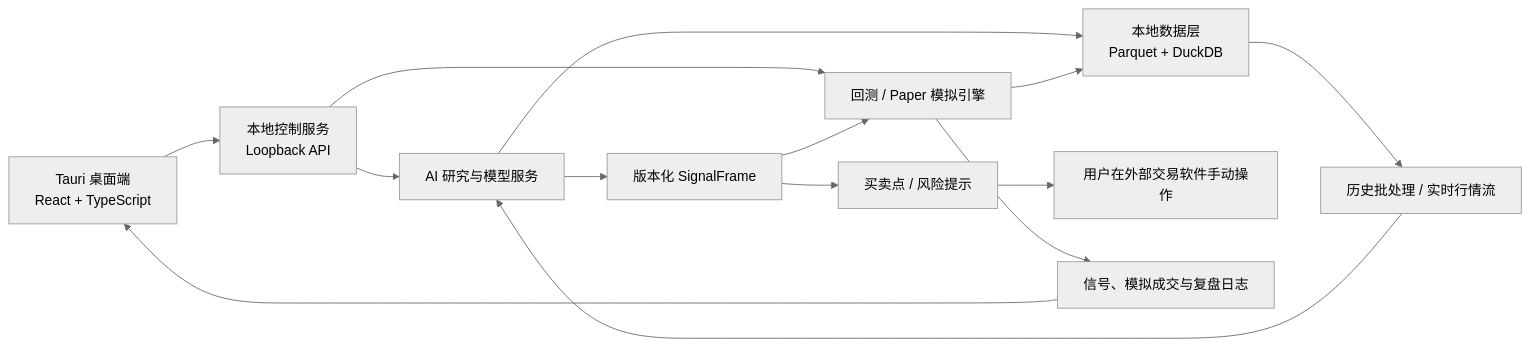
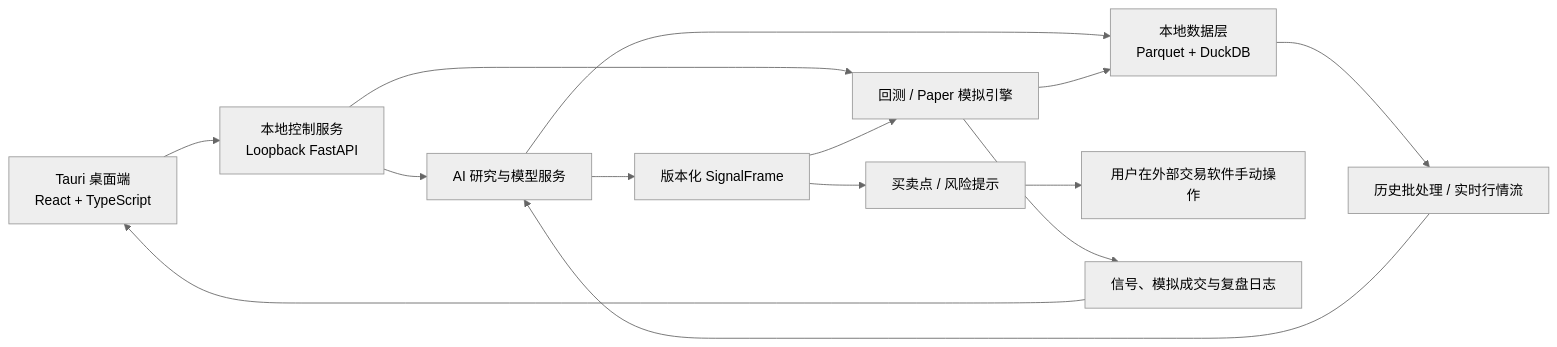
One commit to Xiaogans1/AstraQuant changed the diagram in README.md. Above: the diagram before and after it, drawn with Mermaid (neutral theme). The commit also changed other lines of this file and 2 other files, not shown here.

````diff
--- a/README.md
+++ b/README.md
@@ -36,16 +65,16 @@
 ```mermaid
 flowchart LR
-    UI["Tauri 桌面端<br/>React + TypeScript"] --> API["本地控制服务<br/>Loopback API"]
+    UI["Tauri 桌面端<br/>React + TypeScript"] --> API["本地控制服务<br/>Loopback FastAPI"]
     API --> Research["AI 研究与模型服务"]
     API --> Engine["回测 / Paper 模拟引擎"]
     Research --> Data["本地数据层<br/>Parquet + DuckDB"]
     Data --> Stream["历史批处理 / 实时行情流"]
     Stream --> Research
     Research --> Signal["版本化 SignalFrame"]
     Signal --> Advice["买卖点 / 风险提示"]
     Signal --> Engine
     Engine --> Data
     Advice --> Manual["用户在外部交易软件手动操作"]
     Engine --> Audit["信号、模拟成交与复盘日志"]
     Audit --> UI
 ```
````
